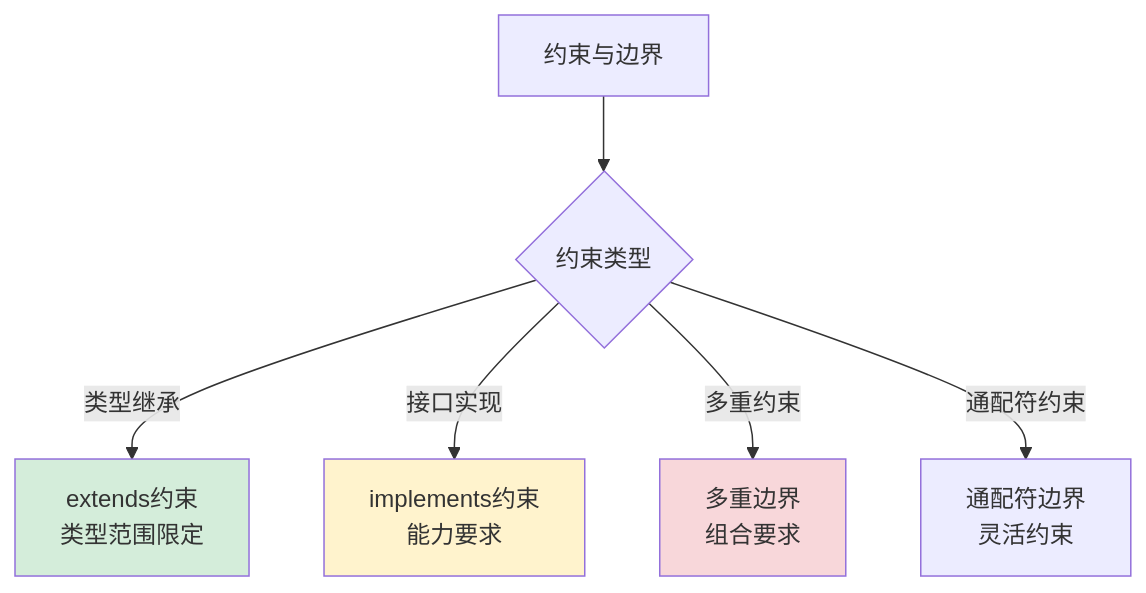
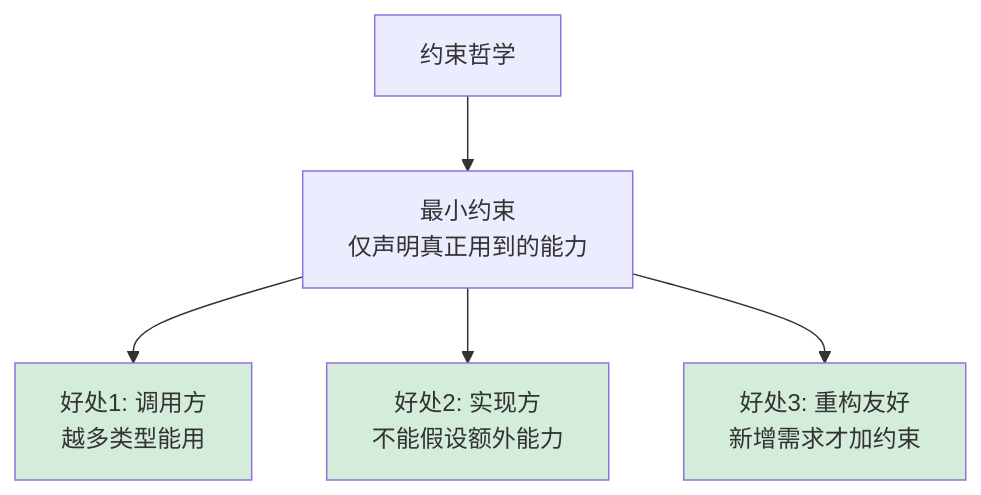
The ninth of 28 diagrams in 00.通用技术的提升/02.程序编程原理/04.泛型设计灵魂思想.md (chongyang211/YCBookBlog), drawn with Mermaid before and after one commit. The commit also changed other lines of this file and 6 other files, not shown here.

````diff
--- a/00.通用技术的提升/02.程序编程原理/04.泛型设计灵魂思想.md
+++ b/00.通用技术的提升/02.程序编程原理/04.泛型设计灵魂思想.md
@@ -443,12 +644,12 @@
 ```mermaid
-graph TB
-    A[约束与边界] --> B{约束类型}
-    B -->|类型继承| C[extends约束<br/>类型范围限定]
-    B -->|接口实现| D[implements约束<br/>能力要求]
-    B -->|多重约束| E[多重边界<br/>组合要求]
-    B -->|通配符约束| F[通配符边界<br/>灵活约束]
+flowchart TD
+    A[约束哲学] --> B[最小约束<br/>仅声明真正用到的能力]
     
+    B --> C[好处1: 调用方<br/>越多类型能用]
+    B --> D[好处2: 实现方<br/>不能假设额外能力]
+    B --> E[好处3: 重构友好<br/>新增需求才加约束]
+
     style C fill:#d4edda
-    style D fill:#fff3cd
-    style E fill:#f8d7da
+    style D fill:#d4edda
+    style E fill:#d4edda
 ```
````
